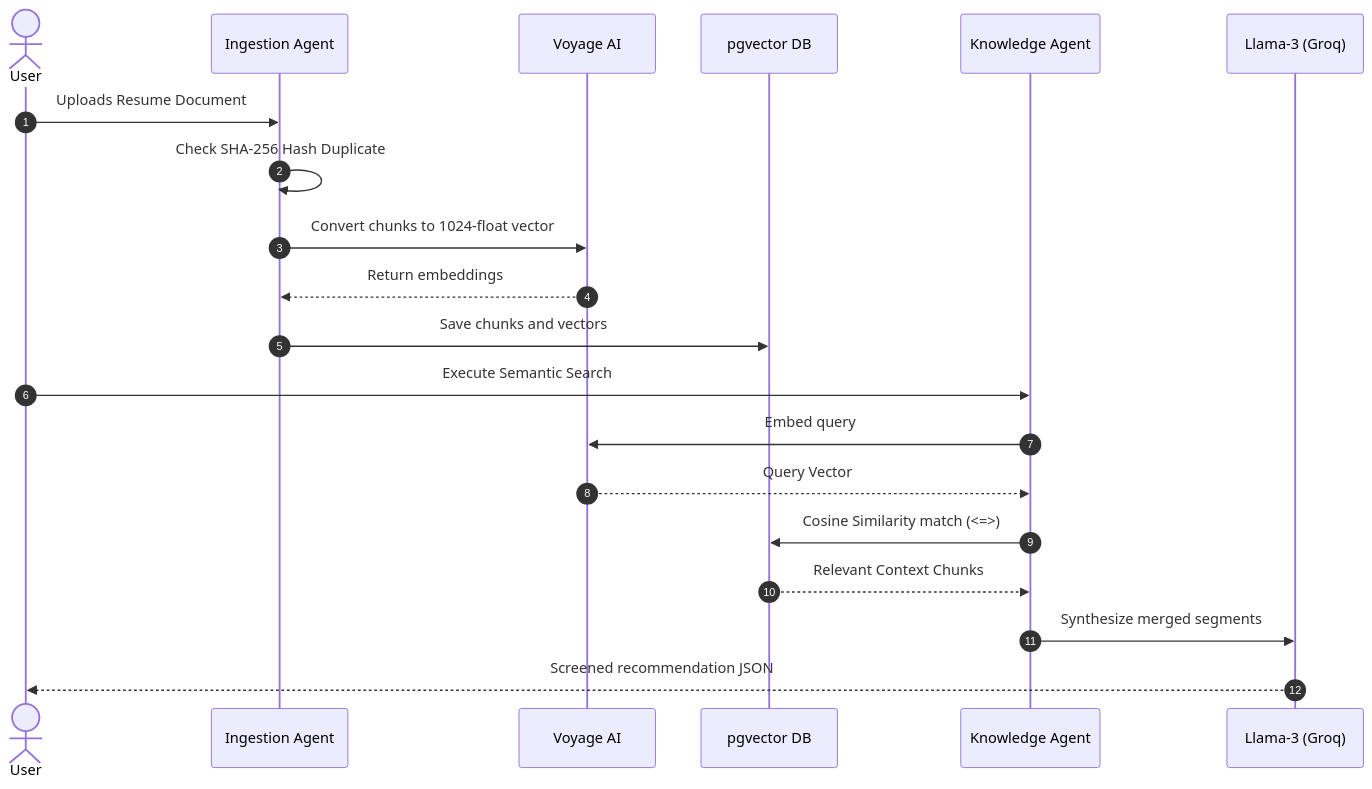
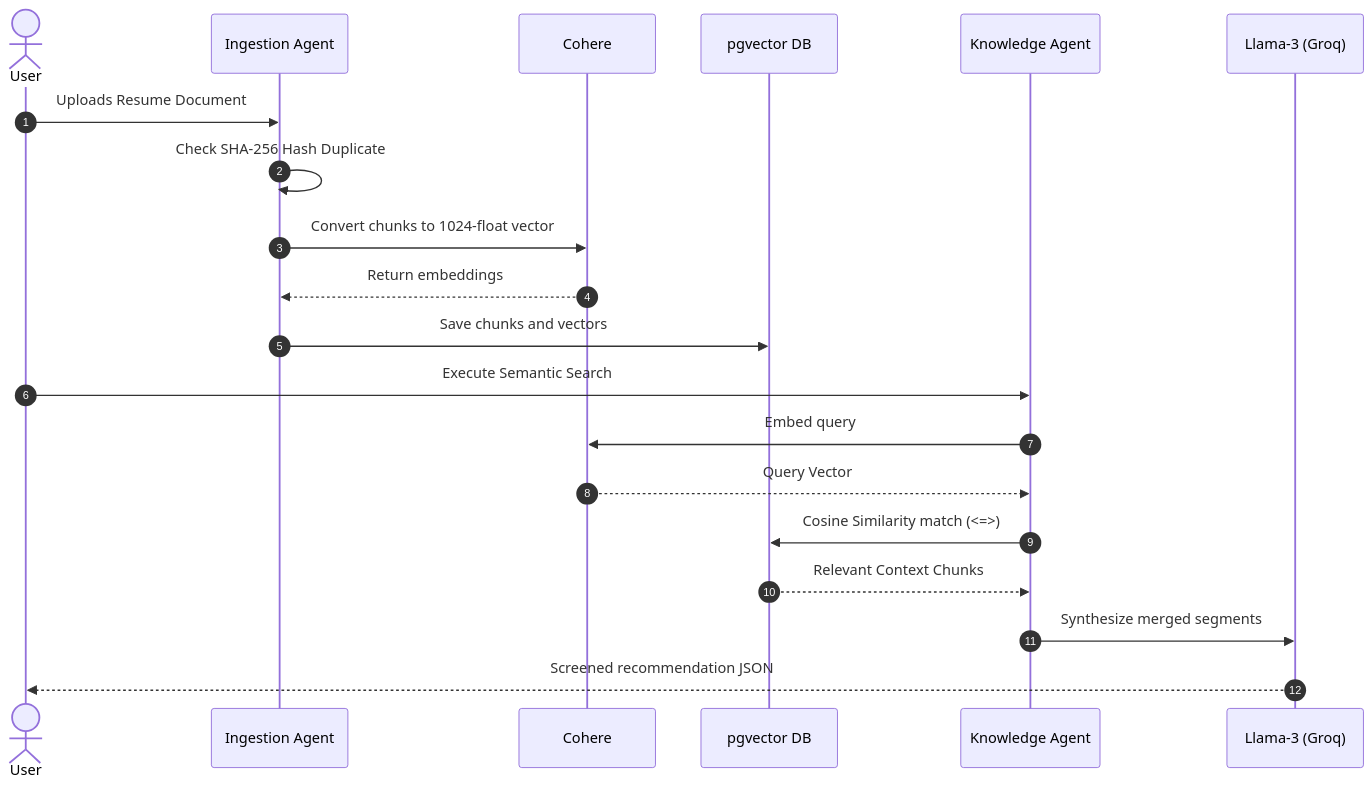
One commit to bussathrishank595-star/Autonomous-AI-Workforce-for-Business-Workflow-Automation changed the second of 2 diagrams in README.md. Above: the diagram before and after it, drawn with Mermaid. The commit also changed other lines of this file and 12 other files, not shown here.

Commit message:
feat: replace Voyage AI with Cohere Embed API

````diff
--- a/README.md
+++ b/README.md
@@ -106,23 +106,23 @@
 ```mermaid
 sequenceDiagram
     autonumber
     actor User
     participant Ingest as Ingestion Agent
-    participant Voyage as Voyage AI
+    participant EmbedProvider as Cohere
     participant DB as pgvector DB
     participant Knowledge as Knowledge Agent
     participant LLM as Llama-3 (Groq)
 
     User->>Ingest: Uploads Resume Document
     Ingest->>Ingest: Check SHA-256 Hash Duplicate
-    Ingest->>Voyage: Convert chunks to 1024-float vector
-    Voyage-->>Ingest: Return embeddings
+    Ingest->>EmbedProvider: Convert chunks to 1024-float vector
+    EmbedProvider-->>Ingest: Return embeddings
     Ingest->>DB: Save chunks and vectors
     User->>Knowledge: Execute Semantic Search
-    Knowledge->>Voyage: Embed query
-    Voyage-->>Knowledge: Query Vector
+    Knowledge->>EmbedProvider: Embed query
+    EmbedProvider-->>Knowledge: Query Vector
     Knowledge->>DB: Cosine Similarity match (<=>)
     DB-->>Knowledge: Relevant Context Chunks
     Knowledge->>LLM: Synthesize merged segments
     LLM-->>User: Screened recommendation JSON
 ```
````
